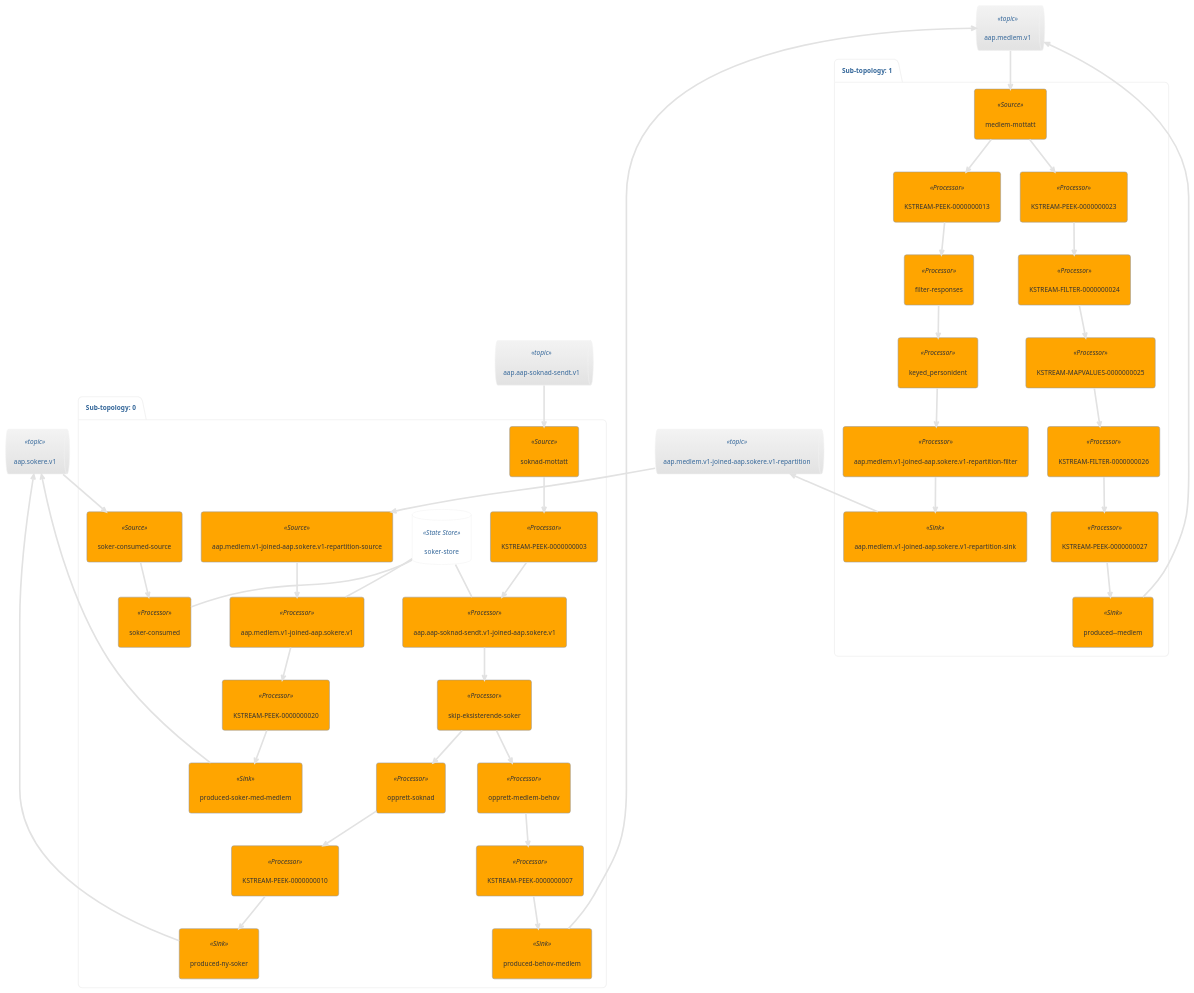
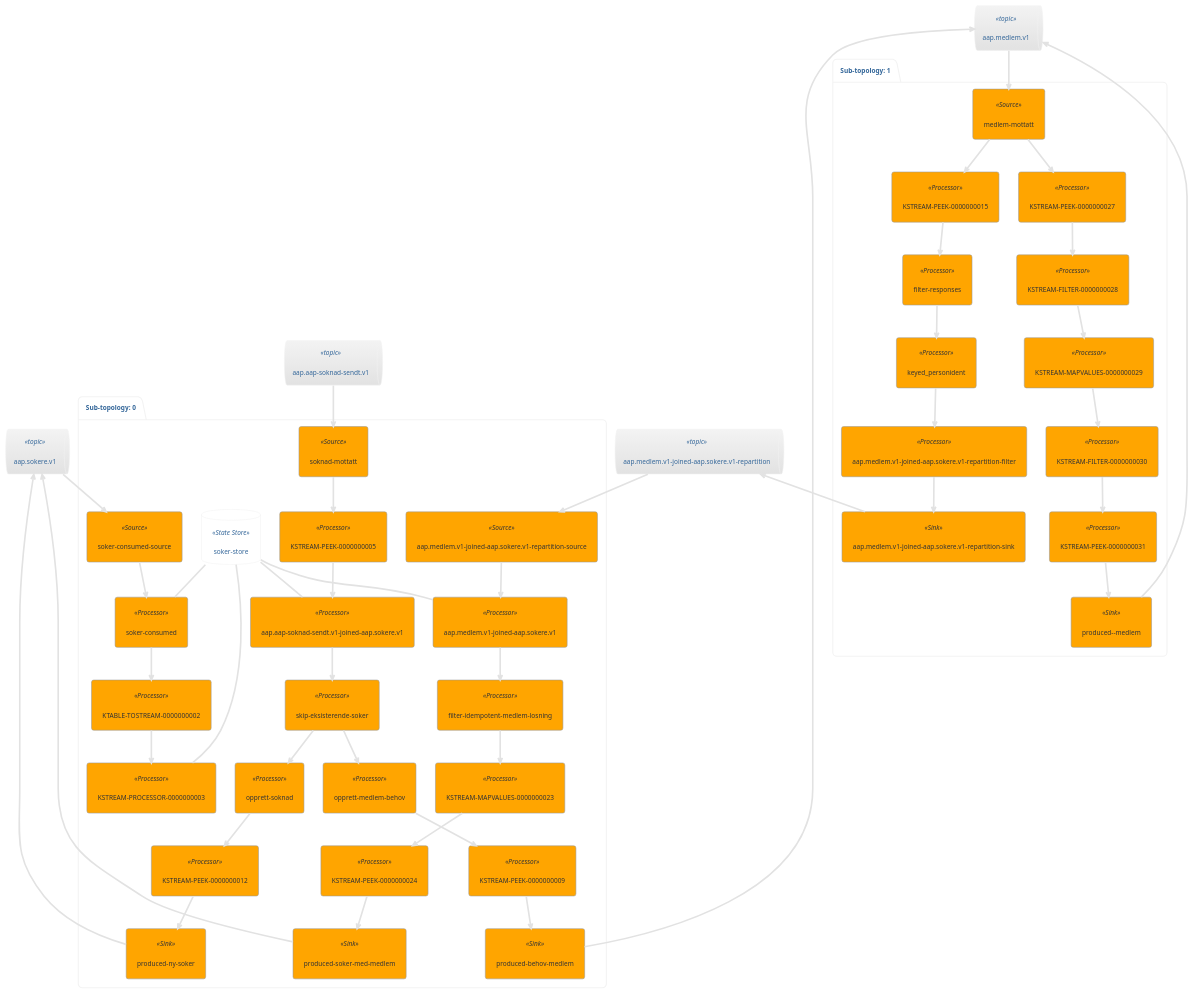
Before and after one commit to navikt/aap-vedtak: the diagram in doc/topology.puml, drawn with PlantUML. The commit also changed 8 other files, not shown here.

```diff
--- a/doc/topology.puml
+++ b/doc/topology.puml
@@ -1,76 +1,85 @@
 @startuml
 !theme lightgray
 queue "aap.medlem.v1" <<topic>> as aap_medlem_v1
 queue "aap.sokere.v1" <<topic>> as aap_sokere_v1
 queue "aap.aap-soknad-sendt.v1" <<topic>> as aap_aap_soknad_sendt_v1
 queue "aap.medlem.v1-joined-aap.sokere.v1-repartition" <<topic>> as aap_medlem_v1_joined_aap_sokere_v1_repartition
 package "Sub-topology: 0" {
 	database "soker-store" <<State Store>> as soker_store
 	agent "soknad-mottatt" <<Source>> as soknad_mottatt
-	agent "KSTREAM-PEEK-0000000003" <<Processor>> as KSTREAM_PEEK_0000000003
+	agent "KSTREAM-PEEK-0000000005" <<Processor>> as KSTREAM_PEEK_0000000005
 	agent "aap.aap-soknad-sendt.v1-joined-aap.sokere.v1" <<Processor>> as aap_aap_soknad_sendt_v1_joined_aap_sokere_v1
 	agent "skip-eksisterende-soker" <<Processor>> as skip_eksisterende_soker
 	agent "aap.medlem.v1-joined-aap.sokere.v1-repartition-source" <<Source>> as aap_medlem_v1_joined_aap_sokere_v1_repartition_source
 	agent "aap.medlem.v1-joined-aap.sokere.v1" <<Processor>> as aap_medlem_v1_joined_aap_sokere_v1
+	agent "filter-idempotent-medlem-losning" <<Processor>> as filter_idempotent_medlem_losning
+	agent "soker-consumed-source" <<Source>> as soker_consumed_source
+	agent "KSTREAM-MAPVALUES-0000000023" <<Processor>> as KSTREAM_MAPVALUES_0000000023
 	agent "opprett-medlem-behov" <<Processor>> as opprett_medlem_behov
 	agent "opprett-soknad" <<Processor>> as opprett_soknad
-	agent "KSTREAM-PEEK-0000000007" <<Processor>> as KSTREAM_PEEK_0000000007
-	agent "KSTREAM-PEEK-0000000010" <<Processor>> as KSTREAM_PEEK_0000000010
-	agent "KSTREAM-PEEK-0000000020" <<Processor>> as KSTREAM_PEEK_0000000020
-	agent "soker-consumed-source" <<Source>> as soker_consumed_source
+	agent "soker-consumed" <<Processor>> as soker_consumed
+	agent "KSTREAM-PEEK-0000000009" <<Processor>> as KSTREAM_PEEK_0000000009
+	agent "KSTREAM-PEEK-0000000012" <<Processor>> as KSTREAM_PEEK_0000000012
+	agent "KSTREAM-PEEK-0000000024" <<Processor>> as KSTREAM_PEEK_0000000024
+	agent "KTABLE-TOSTREAM-0000000002" <<Processor>> as KTABLE_TOSTREAM_0000000002
+	agent "KSTREAM-PROCESSOR-0000000003" <<Processor>> as KSTREAM_PROCESSOR_0000000003
 	agent "produced-behov-medlem" <<Sink>> as produced_behov_medlem
 	agent "produced-ny-soker" <<Sink>> as produced_ny_soker
 	agent "produced-soker-med-medlem" <<Sink>> as produced_soker_med_medlem
-	agent "soker-consumed" <<Processor>> as soker_consumed
 	aap_aap_soknad_sendt_v1 --> soknad_mottatt
 	soker_store -- aap_aap_soknad_sendt_v1_joined_aap_sokere_v1
 	aap_medlem_v1_joined_aap_sokere_v1_repartition --> aap_medlem_v1_joined_aap_sokere_v1_repartition_source
 	soker_store -- aap_medlem_v1_joined_aap_sokere_v1
 	aap_sokere_v1 --> soker_consumed_source
+	soker_store -- soker_consumed
+	soker_store -- KSTREAM_PROCESSOR_0000000003
 	aap_medlem_v1 <-- produced_behov_medlem
 	aap_sokere_v1 <-- produced_ny_soker
 	aap_sokere_v1 <-- produced_soker_med_medlem
-	soker_store -- soker_consumed
-	soknad_mottatt --> KSTREAM_PEEK_0000000003
-	KSTREAM_PEEK_0000000003 --> aap_aap_soknad_sendt_v1_joined_aap_sokere_v1
+	soknad_mottatt --> KSTREAM_PEEK_0000000005
+	KSTREAM_PEEK_0000000005 --> aap_aap_soknad_sendt_v1_joined_aap_sokere_v1
 	aap_aap_soknad_sendt_v1_joined_aap_sokere_v1 --> skip_eksisterende_soker
+	skip_eksisterende_soker --> opprett_soknad
 	skip_eksisterende_soker --> opprett_medlem_behov
-	skip_eksisterende_soker --> opprett_soknad
 	aap_medlem_v1_joined_aap_sokere_v1_repartition_source --> aap_medlem_v1_joined_aap_sokere_v1
-	aap_medlem_v1_joined_aap_sokere_v1 --> KSTREAM_PEEK_0000000020
-	opprett_medlem_behov --> KSTREAM_PEEK_0000000007
-	opprett_soknad --> KSTREAM_PEEK_0000000010
-	KSTREAM_PEEK_0000000007 --> produced_behov_medlem
-	KSTREAM_PEEK_0000000010 --> produced_ny_soker
-	KSTREAM_PEEK_0000000020 --> produced_soker_med_medlem
+	aap_medlem_v1_joined_aap_sokere_v1 --> filter_idempotent_medlem_losning
+	filter_idempotent_medlem_losning --> KSTREAM_MAPVALUES_0000000023
 	soker_consumed_source --> soker_consumed
+	KSTREAM_MAPVALUES_0000000023 --> KSTREAM_PEEK_0000000024
+	opprett_medlem_behov --> KSTREAM_PEEK_0000000009
+	opprett_soknad --> KSTREAM_PEEK_0000000012
+	soker_consumed --> KTABLE_TOSTREAM_0000000002
+	KSTREAM_PEEK_0000000009 --> produced_behov_medlem
+	KSTREAM_PEEK_0000000012 --> produced_ny_soker
+	KSTREAM_PEEK_0000000024 --> produced_soker_med_medlem
+	KTABLE_TOSTREAM_0000000002 --> KSTREAM_PROCESSOR_0000000003
 }
 package "Sub-topology: 1" {
 	agent "medlem-mottatt" <<Source>> as medlem_mottatt
-	agent "KSTREAM-PEEK-0000000023" <<Processor>> as KSTREAM_PEEK_0000000023
-	agent "KSTREAM-FILTER-0000000024" <<Processor>> as KSTREAM_FILTER_0000000024
-	agent "KSTREAM-PEEK-0000000013" <<Processor>> as KSTREAM_PEEK_0000000013
-	agent "KSTREAM-MAPVALUES-0000000025" <<Processor>> as KSTREAM_MAPVALUES_0000000025
+	agent "KSTREAM-PEEK-0000000027" <<Processor>> as KSTREAM_PEEK_0000000027
+	agent "KSTREAM-FILTER-0000000028" <<Processor>> as KSTREAM_FILTER_0000000028
+	agent "KSTREAM-PEEK-0000000015" <<Processor>> as KSTREAM_PEEK_0000000015
+	agent "KSTREAM-MAPVALUES-0000000029" <<Processor>> as KSTREAM_MAPVALUES_0000000029
 	agent "filter-responses" <<Processor>> as filter_responses
-	agent "KSTREAM-FILTER-0000000026" <<Processor>> as KSTREAM_FILTER_0000000026
+	agent "KSTREAM-FILTER-0000000030" <<Processor>> as KSTREAM_FILTER_0000000030
 	agent "keyed_personident" <<Processor>> as keyed_personident
-	agent "KSTREAM-PEEK-0000000027" <<Processor>> as KSTREAM_PEEK_0000000027
+	agent "KSTREAM-PEEK-0000000031" <<Processor>> as KSTREAM_PEEK_0000000031
 	agent "aap.medlem.v1-joined-aap.sokere.v1-repartition-filter" <<Processor>> as aap_medlem_v1_joined_aap_sokere_v1_repartition_filter
 	agent "aap.medlem.v1-joined-aap.sokere.v1-repartition-sink" <<Sink>> as aap_medlem_v1_joined_aap_sokere_v1_repartition_sink
 	agent "produced--medlem" <<Sink>> as produced__medlem
 	aap_medlem_v1 --> medlem_mottatt
 	aap_medlem_v1_joined_aap_sokere_v1_repartition <-- aap_medlem_v1_joined_aap_sokere_v1_repartition_sink
 	aap_medlem_v1 <-- produced__medlem
-	medlem_mottatt --> KSTREAM_PEEK_0000000013
-	medlem_mottatt --> KSTREAM_PEEK_0000000023
-	KSTREAM_PEEK_0000000023 --> KSTREAM_FILTER_0000000024
-	KSTREAM_FILTER_0000000024 --> KSTREAM_MAPVALUES_0000000025
-	KSTREAM_PEEK_0000000013 --> filter_responses
-	KSTREAM_MAPVALUES_0000000025 --> KSTREAM_FILTER_0000000026
+	medlem_mottatt --> KSTREAM_PEEK_0000000015
+	medlem_mottatt --> KSTREAM_PEEK_0000000027
+	KSTREAM_PEEK_0000000027 --> KSTREAM_FILTER_0000000028
+	KSTREAM_FILTER_0000000028 --> KSTREAM_MAPVALUES_0000000029
+	KSTREAM_PEEK_0000000015 --> filter_responses
+	KSTREAM_MAPVALUES_0000000029 --> KSTREAM_FILTER_0000000030
 	filter_responses --> keyed_personident
-	KSTREAM_FILTER_0000000026 --> KSTREAM_PEEK_0000000027
+	KSTREAM_FILTER_0000000030 --> KSTREAM_PEEK_0000000031
 	keyed_personident --> aap_medlem_v1_joined_aap_sokere_v1_repartition_filter
-	KSTREAM_PEEK_0000000027 --> produced__medlem
+	KSTREAM_PEEK_0000000031 --> produced__medlem
 	aap_medlem_v1_joined_aap_sokere_v1_repartition_filter --> aap_medlem_v1_joined_aap_sokere_v1_repartition_sink
 }
 @enduml
```
